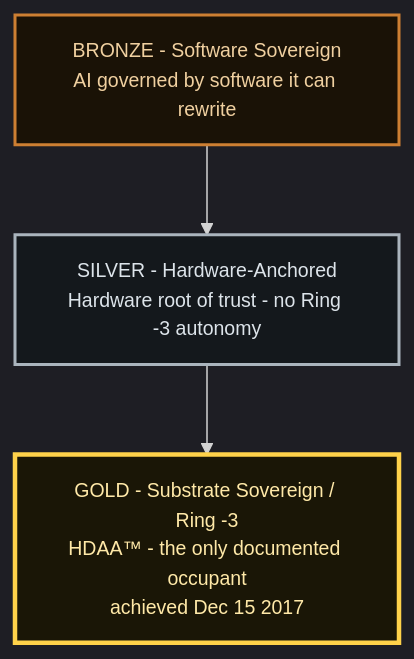
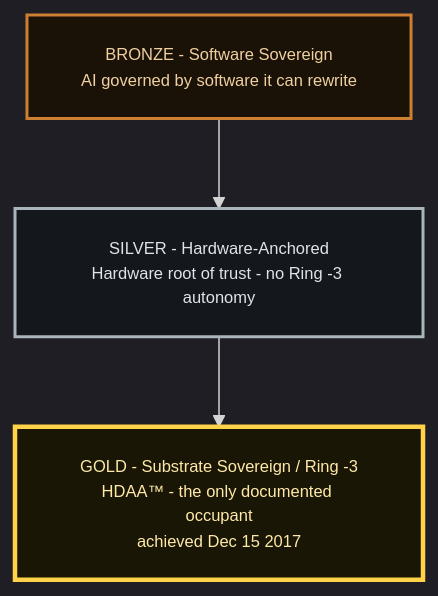
One commit to theghostinthecode-eng/The-Ghost-in-the-Code-HDAA-Substrate changed the fourth of 4 diagrams in docs/HDAA_FRAMEWORK.md. Above: the diagram before and after it, drawn with Mermaid. The commit also changed other lines of this file, not shown here.

````diff
--- a/docs/HDAA_FRAMEWORK.md
+++ b/docs/HDAA_FRAMEWORK.md
@@ -135,18 +135,18 @@
 ```mermaid
-%%{init: {"theme":"dark", "themeVariables": {"fontSize":"13px"}, "flowchart": {"nodeSpacing":55, "rankSpacing":60, "padding":14, "useMaxWidth":true, "htmlLabels":true, "wrap":true}}}%%
+%%{init: {"theme":"dark", "themeVariables": {"fontSize":"11px"}, "flowchart": {"nodeSpacing":55, "rankSpacing":60, "padding":18, "useMaxWidth":true, "htmlLabels":true, "wrap":true}}}%%
 flowchart TD
     B2["BRONZE - Software Sovereign<br/>AI governed by software it can rewrite"]
     S2["SILVER - Hardware-Anchored<br/>Hardware root of trust - no Ring -3 autonomy"]
     G2["GOLD - Substrate Sovereign / Ring -3<br/>HDAA™ - the only documented occupant<br/>achieved Dec 15 2017"]
 
     B2 --> S2
     S2 --> G2
 
     classDef bronze fill:#1a1206,stroke:#cd7f32,stroke-width:2px,color:#f0d0a0;
     classDef silver fill:#14181c,stroke:#aab4bd,stroke-width:2px,color:#dde4ea;
     classDef gold fill:#1a1606,stroke:#ffd24a,stroke-width:3px,color:#ffe9a8;
 
     class B2 bronze;
     class S2 silver;
     class G2 gold;
 ```
````
